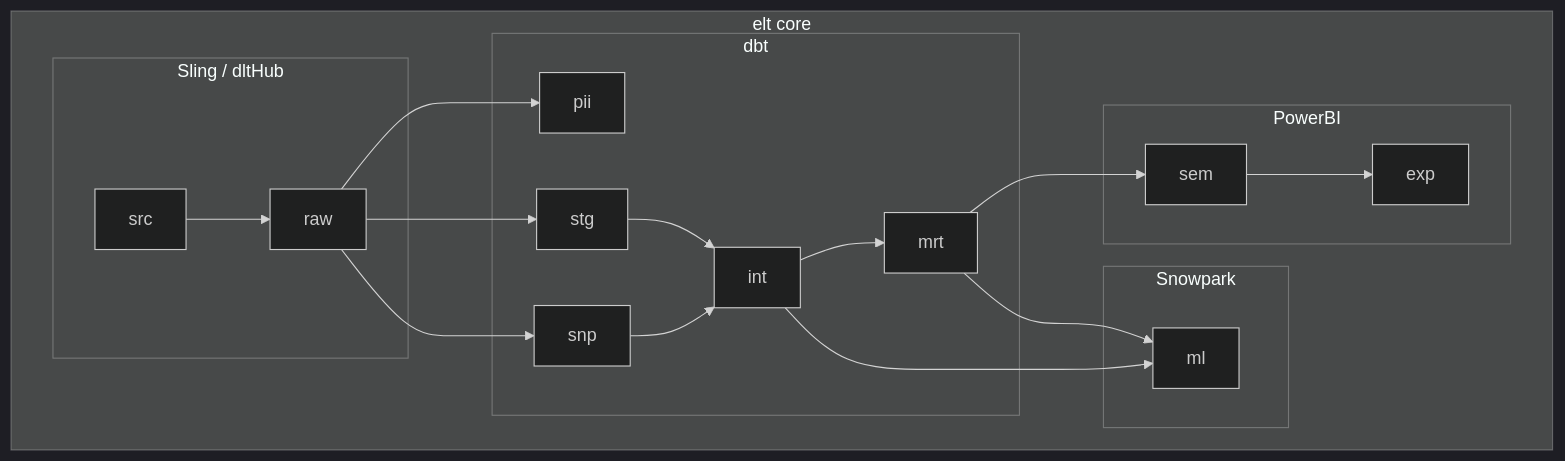
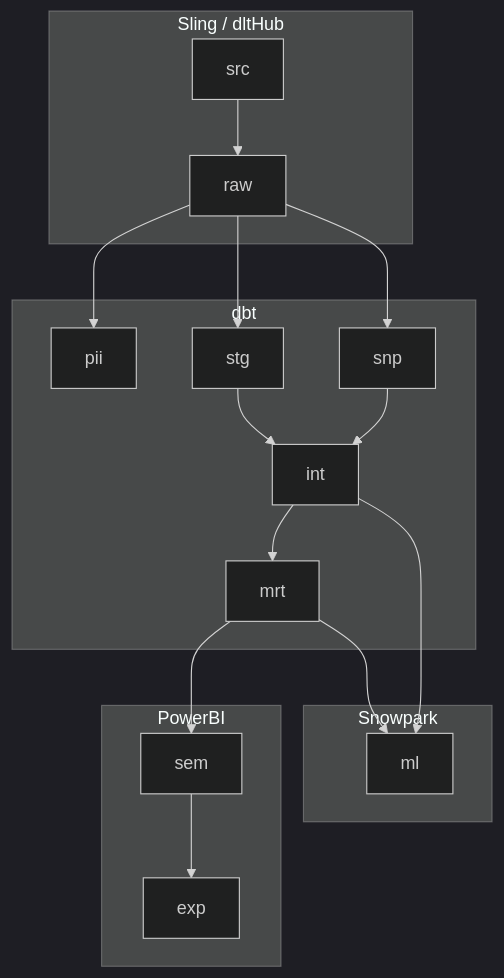
Before and after one commit to seancunningham/dagster-dbt-snowflake: the diagram in README.md, drawn with Mermaid (dark theme). The commit also changed 1 other file, not shown here.

````diff
--- a/README.md
+++ b/README.md
@@ -7,24 +7,22 @@
 ``` mermaid
 flowchart
-    subgraph elt core
-        subgraph Sling / dltHub 
-            src-->raw
-        end
-        subgraph dbt 
-            raw-->pii
-            raw-->stg
-            raw-->snp
-            snp-->int
-            stg-->int
-            int-->mrt
-        end
-        subgraph PowerBI
-            mrt-->sem
-            sem-->exp
-        end
-        subgraph Snowpark
-            mrt-->ml
-            int-->ml
-        end
+    subgraph Sling / dltHub 
+        src-->raw
+    end
+    subgraph dbt 
+        raw-->pii
+        raw-->stg
+        raw-->snp
+        snp-->int
+        stg-->int
+        int-->mrt
+    end
+    subgraph PowerBI
+        mrt-->sem
+        sem-->exp
+    end
+    subgraph Snowpark
+        mrt-->ml
+        int-->ml
     end
 ```
````
